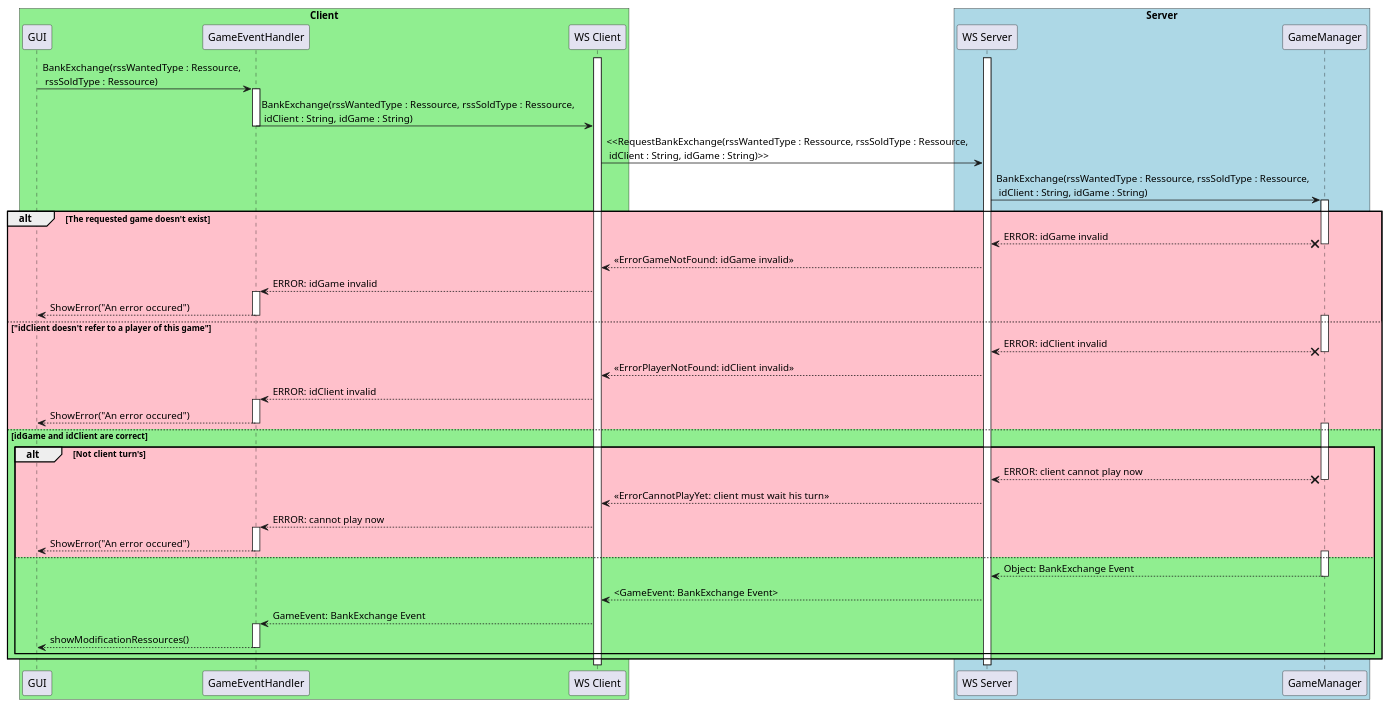
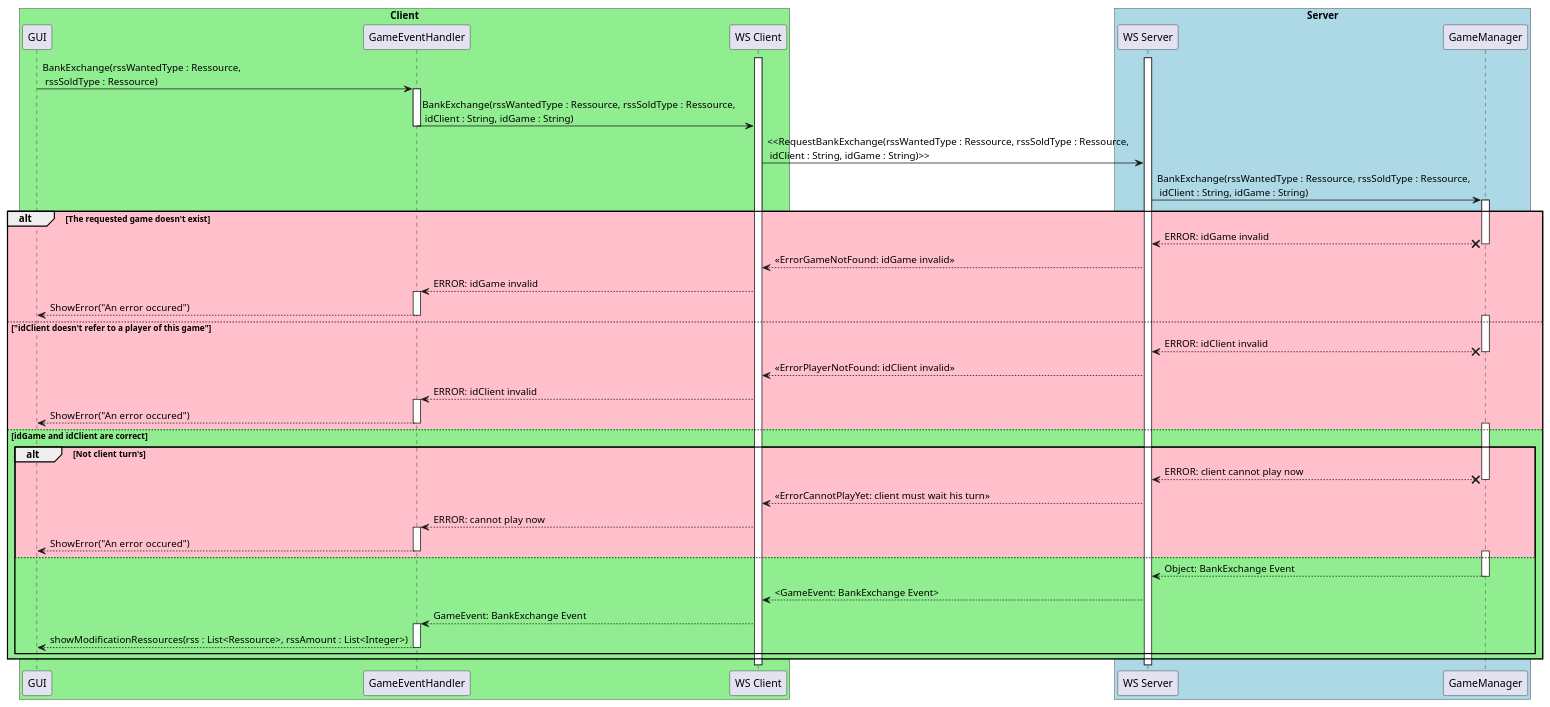
Before and after one commit to Lapin-Obez/colon_de_catane: the diagram in catan-doc/modules/composants/examples/bankExchangeSequenceDiag.plantuml, drawn with PlantUML.

Commit message:
Fixing missing parameters in bankExchange sequence diagram

```diff
--- a/catan-doc/modules/composants/examples/bankExchangeSequenceDiag.plantuml
+++ b/catan-doc/modules/composants/examples/bankExchangeSequenceDiag.plantuml
@@ -1,64 +1,65 @@
 @startuml
 
 box "Client" #LightGreen
   participant "GUI" as GUI
   participant "GameEventHandler" as GameEventHandler
   participant "WS Client" as WSClient
 end box
 
 box "Server" #LightBlue
   participant "WS Server" as WSServer
   participant "GameManager" as GameManager
 end box
 
 activate WSClient
 activate WSServer
 
 GUI -> GameEventHandler : BankExchange(rssWantedType : Ressource, \n rssSoldType : Ressource)
 activate GameEventHandler
 GameEventHandler -> WSClient : BankExchange(rssWantedType : Ressource, rssSoldType : Ressource, \n idClient : String, idGame : String)
 deactivate GameEventHandler
 WSClient -> WSServer : <<RequestBankExchange(rssWantedType : Ressource, rssSoldType : Ressource, \n idClient : String, idGame : String)>>
 
 WSServer -> GameManager : BankExchange(rssWantedType : Ressource, rssSoldType : Ressource, \n idClient : String, idGame : String)
 activate GameManager
 alt #Pink The requested game doesn't exist
   GameManager x--> WSServer : ERROR: idGame invalid
   deactivate GameManager
   WSServer --> WSClient : <<ErrorGameNotFound: idGame invalid>>
   WSClient --> GameEventHandler : ERROR: idGame invalid
   activate GameEventHandler
   GameEventHandler --> GUI : ShowError("An error occured")
   deactivate GameEventHandler
   activate GameManager
 else #Pink "idClient doesn't refer to a player of this game"
   GameManager x--> WSServer : ERROR: idClient invalid
   deactivate GameManager
   WSServer --> WSClient : <<ErrorPlayerNotFound: idClient invalid>>
   WSClient --> GameEventHandler : ERROR: idClient invalid
   activate GameEventHandler
   GameEventHandler --> GUI : ShowError("An error occured")
   deactivate GameEventHandler
   activate GameManager
 else #LightGreen idGame and idClient are correct
   alt #Pink Not client turn's
     GameManager x--> WSServer : ERROR: client cannot play now
     deactivate GameManager
     WSServer --> WSClient : <<ErrorCannotPlayYet: client must wait his turn>>
     WSClient --> GameEventHandler : ERROR: cannot play now
     activate GameEventHandler
     GameEventHandler --> GUI : ShowError("An error occured")
     deactivate GameEventHandler
     activate GameManager
   else #LightGreen
     GameManager --> WSServer : Object: BankExchange Event
     deactivate GameManager
     WSServer --> WSClient : <GameEvent: BankExchange Event>
     WSClient --> GameEventHandler : GameEvent: BankExchange Event
     activate GameEventHandler
-    GameEventHandler --> GUI : showModificationRessources()
+    GameEventHandler --> GUI :   showModificationRessources(rss : List<Ressource>, rssAmount : List<Integer>)
+
     deactivate GameEventHandler
   end
 end
 
 @enduml
```
